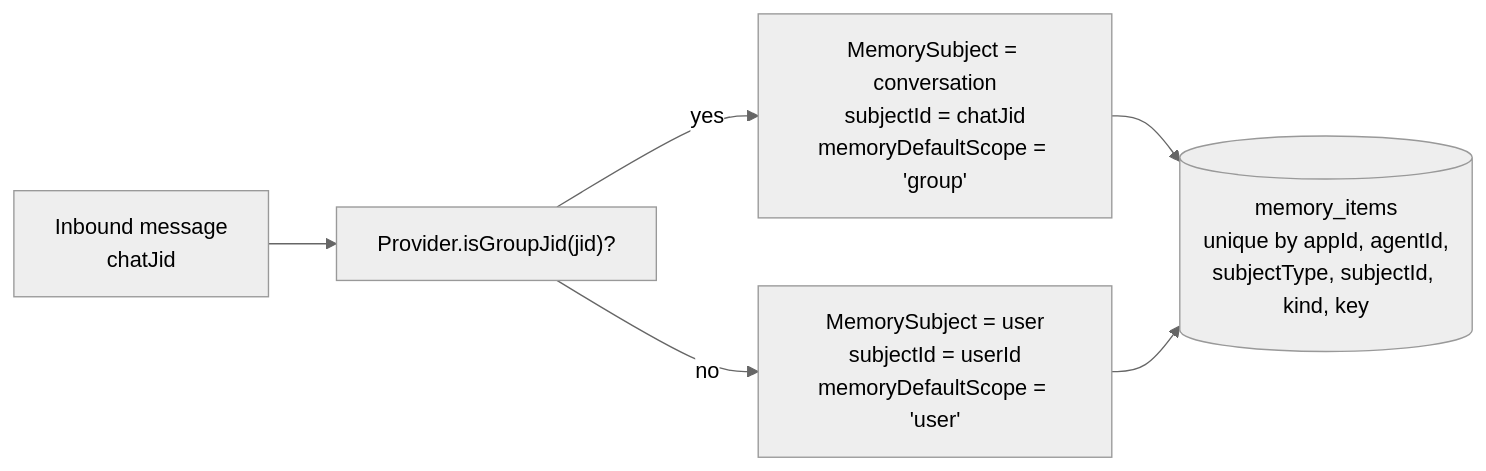
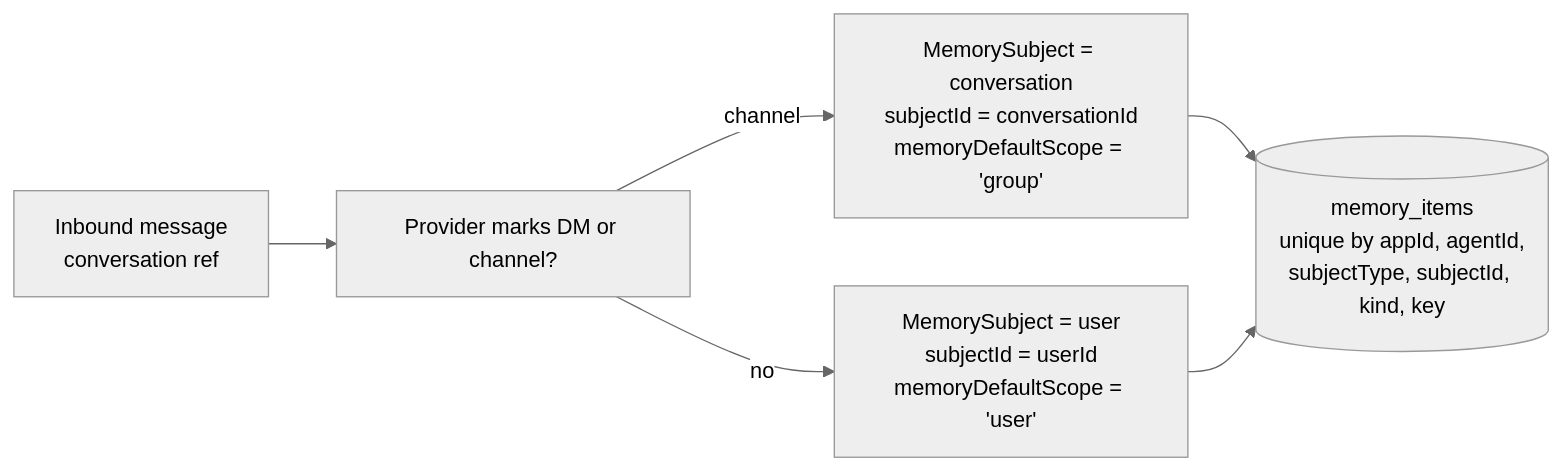
Before and after one commit to knacklabs/gantry: the sixth of 12 diagrams in docs/architecture/overview.md, drawn with Mermaid (neutral theme). The commit also changed other lines of this file and 209 other files, not shown here.

````diff
--- a/docs/architecture/overview.md
+++ b/docs/architecture/overview.md
@@ -374,8 +377,8 @@
 ```mermaid
 flowchart LR
-  In[Inbound message<br/>chatJid] --> IsGroup["Provider.isGroupJid(jid)?"]
-  IsGroup -- yes --> Conv["MemorySubject = conversation<br/>subjectId = chatJid<br/>memoryDefaultScope = 'group'"]
+  In[Inbound message<br/>conversation ref] --> IsGroup["Provider marks DM or channel?"]
+  IsGroup -- channel --> Conv["MemorySubject = conversation<br/>subjectId = conversationId<br/>memoryDefaultScope = 'group'"]
   IsGroup -- no --> User["MemorySubject = user<br/>subjectId = userId<br/>memoryDefaultScope = 'user'"]
   Conv --> Items[(memory_items<br/>unique by appId, agentId,<br/>subjectType, subjectId, kind, key)]
   User --> Items
 ```
````
